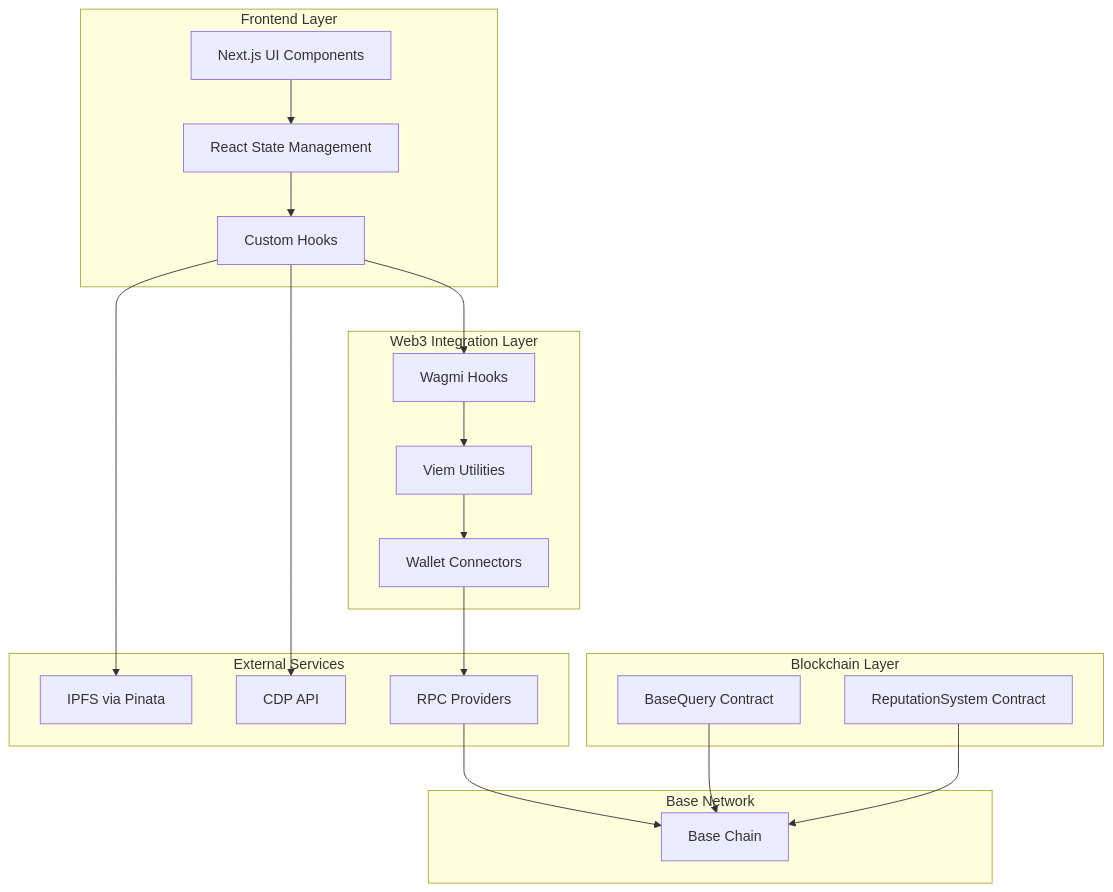
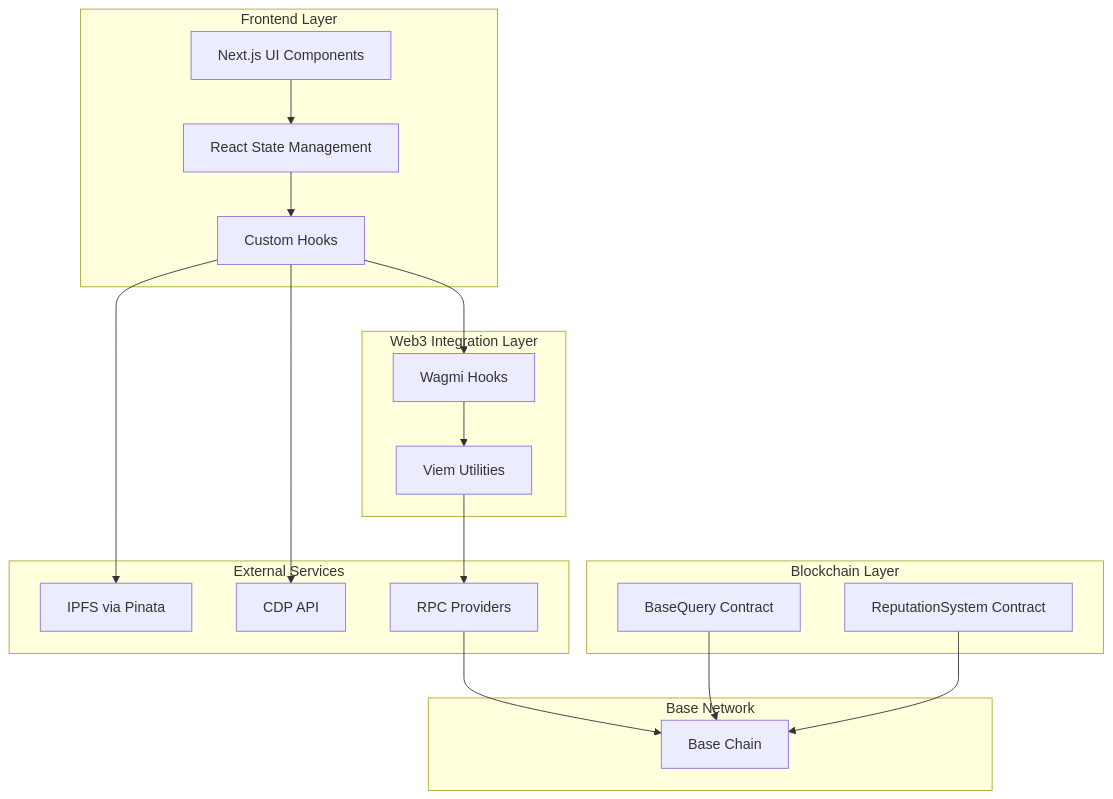
Before and after one commit to Shevxer/BaseQueryContracts: the diagram in README.md, drawn with Mermaid.

````diff
--- a/README.md
+++ b/README.md
@@ -44,43 +44,41 @@
 ```mermaid
 graph TB
     subgraph "Frontend Layer"
         UI[Next.js UI Components]
         State[React State Management]
         Hooks[Custom Hooks]
     end
     
     subgraph "Web3 Integration Layer"
         Wagmi[Wagmi Hooks]
         Viem[Viem Utilities]
-        Connectors[Wallet Connectors]
     end
     
     subgraph "External Services"
         IPFS[IPFS via Pinata]
         CDP[CDP API]
         RPC[RPC Providers]
     end
     
     subgraph "Blockchain Layer"
         BaseQuery[BaseQuery Contract]
         Reputation[ReputationSystem Contract]
     end
     
     subgraph "Base Network"
         Base[Base Chain]
     end
     
     UI --> State
     State --> Hooks
     Hooks --> Wagmi
     Wagmi --> Viem
-    Viem --> Connectors
-    Connectors --> RPC
+    Viem --> RPC
     RPC --> Base
     
     Hooks --> IPFS
     Hooks --> CDP
     
     BaseQuery --> Base
     Reputation --> Base
 ```
````
